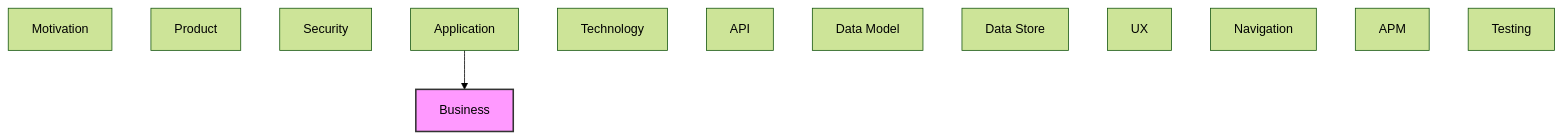
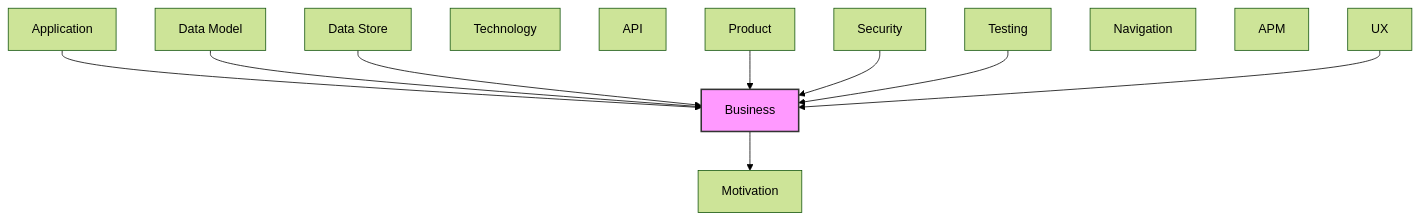
The diagram in documentation-robotics/reports/02-business-layer-report.md (tinkermonkey/context-studio), drawn with Mermaid (forest theme) before and after one commit. The commit also changed other lines of this file and 93 other files, not shown here.

````diff
--- a/documentation-robotics/reports/02-business-layer-report.md
+++ b/documentation-robotics/reports/02-business-layer-report.md
@@ -54,19 +73,26 @@
 ```mermaid
 flowchart TB
   classDef current fill:#f9f,stroke:#333,stroke-width:2px
   motivation["Motivation"]
   business["Business"]
   product["Product"]
   security["Security"]
   application["Application"]
   technology["Technology"]
   api["API"]
   data_model["Data Model"]
   data_store["Data Store"]
   ux["UX"]
   navigation["Navigation"]
   apm["APM"]
   testing["Testing"]
   application --> business
+  business --> motivation
+  data_model --> business
+  data_store --> business
+  product --> business
+  security --> business
+  testing --> business
+  ux --> business
   class business current
 ```
````
